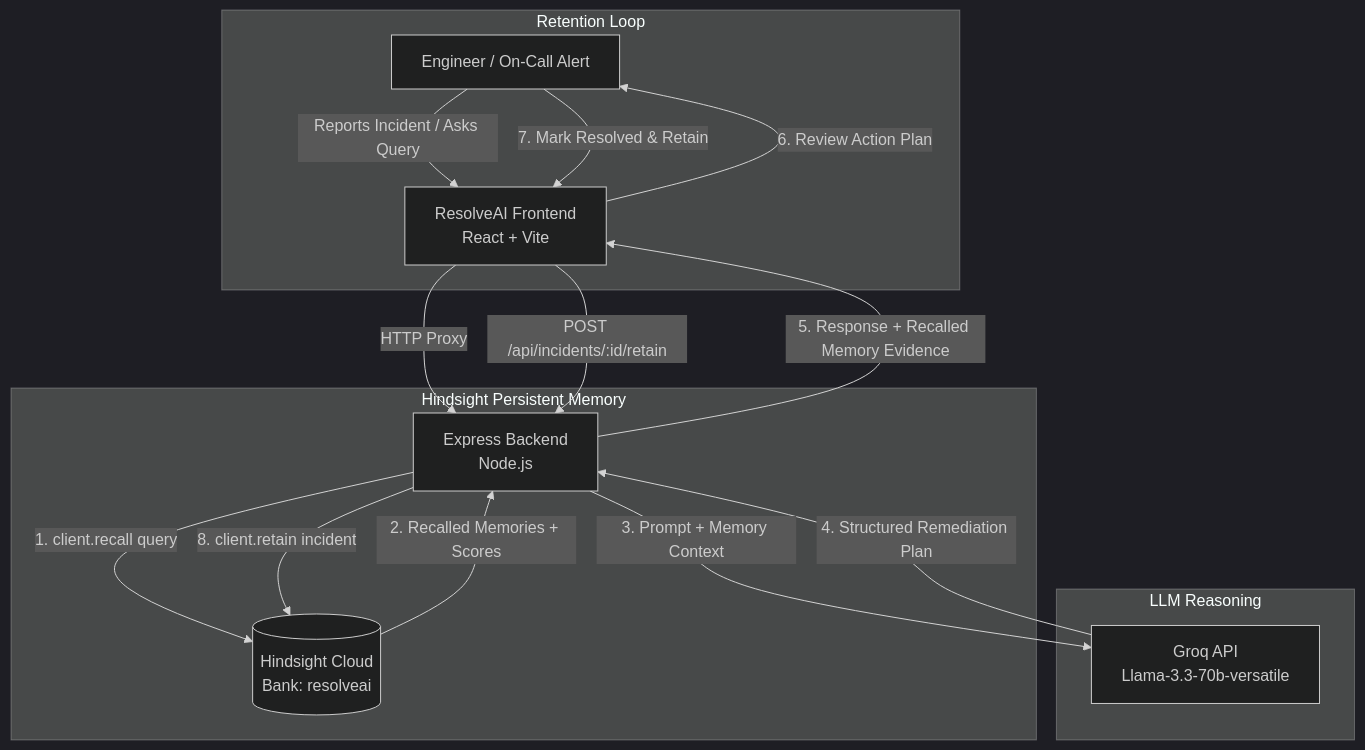
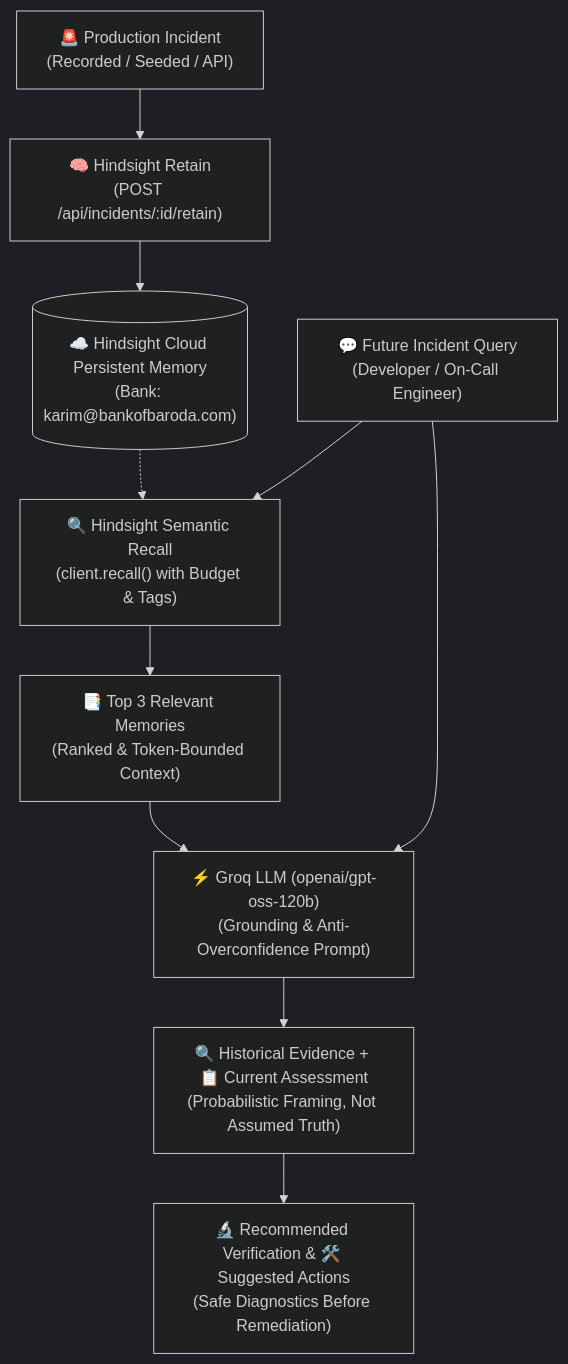
The diagram in README.md (madishettinivas7799/ResolveAI), drawn with Mermaid (dark theme) before and after one commit. The commit also changed other lines of this file and 22 other files, not shown here.

Commit message:
Prepare ResolveAI for production deployment

````diff
--- a/README.md
+++ b/README.md
@@ -49,24 +49,15 @@
 ```mermaid
 flowchart TD
-    A[Engineer / On-Call Alert] -->|Reports Incident / Asks Query| B[ResolveAI Frontend\nReact + Vite]
-    B -->|HTTP Proxy| C[Express Backend\nNode.js]
+    A["🚨 Production Incident<br/>(Recorded / Seeded / API)"] --> B["🧠 Hindsight Retain<br/>(POST /api/incidents/:id/retain)"]
+    B --> C[("☁️ Hindsight Cloud Persistent Memory<br/>(Bank: karim@bankofbaroda.com)")]
     
-    subgraph Hindsight Persistent Memory
-        C -->|1. client.recall query| D[(Hindsight Cloud\nBank: resolveai)]
-        D -->|2. Recalled Memories + Scores| C
-    end
+    D["💬 Future Incident Query<br/>(Developer / On-Call Engineer)"] --> E["🔍 Hindsight Semantic Recall<br/>(client.recall() with Budget & Tags)"]
+    C -.-> E
     
-    subgraph LLM Reasoning
-        C -->|3. Prompt + Memory Context| E[Groq API\nLlama-3.3-70b-versatile]
-        E -->|4. Structured Remediation Plan| C
-    end
+    E --> F["📑 Top 3 Relevant Memories<br/>(Ranked & Token-Bounded Context)"]
+    F --> G["⚡ Groq LLM (openai/gpt-oss-120b)<br/>(Grounding & Anti-Overconfidence Prompt)"]
+    D --> G
     
-    C -->|5. Response + Recalled Memory Evidence| B
-    B -->|6. Review Action Plan| A
-    
-    subgraph Retention Loop
-        A -->|7. Mark Resolved & Retain| B
-        B -->|POST /api/incidents/:id/retain| C
-        C -->|8. client.retain incident| D
-    end
+    G --> H["🔍 Historical Evidence + 📋 Current Assessment<br/>(Probabilistic Framing, Not Assumed Truth)"]
+    H --> I["🔬 Recommended Verification & 🛠️ Suggested Actions<br/>(Safe Diagnostics Before Remediation)"]
 ```
````
